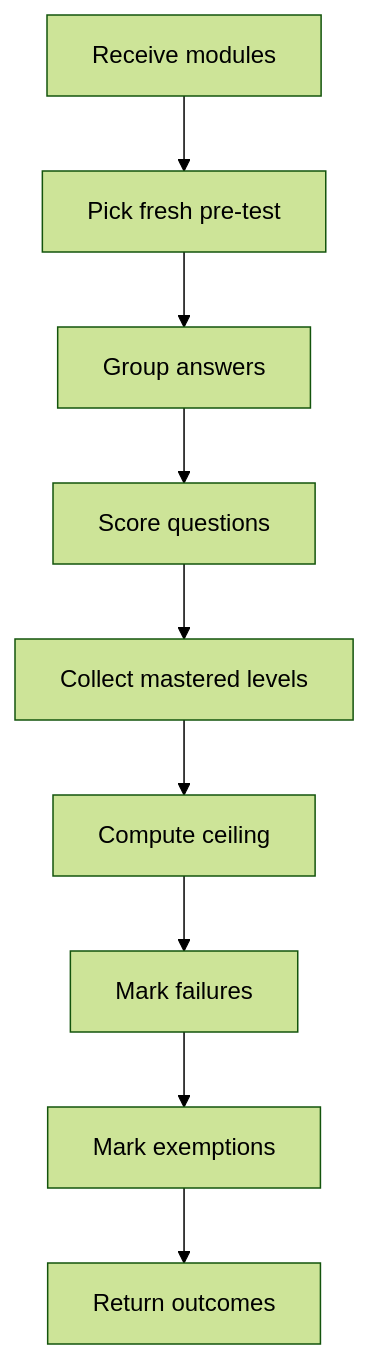
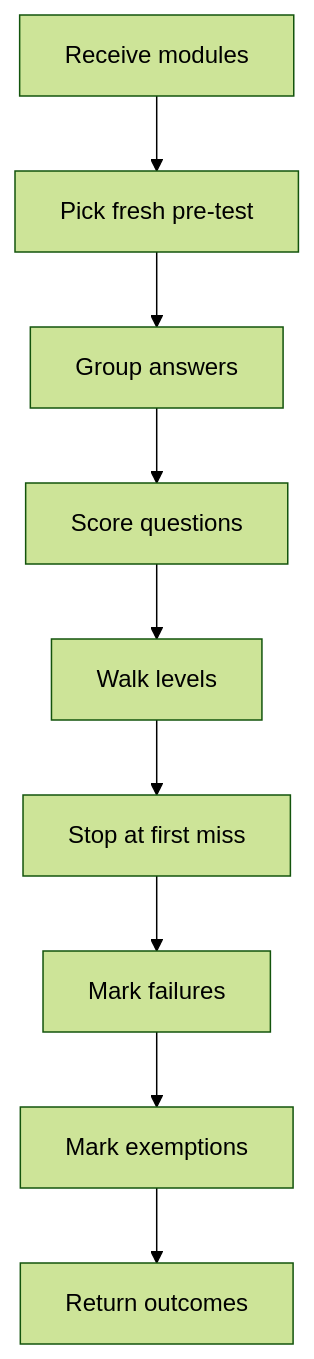
One commit to JohnAndrewBalbarosa/NeoTerritory changed the diagram in docs/Codebase/Frontend/src/logic/pretestModuleOutcomes.ts.md. Above: the diagram before and after it, drawn with Mermaid (forest theme). The commit also changed other lines of this file and 13 other files, not shown here.

````diff
--- a/docs/Codebase/Frontend/src/logic/pretestModuleOutcomes.ts.md
+++ b/docs/Codebase/Frontend/src/logic/pretestModuleOutcomes.ts.md
@@ -9,13 +9,13 @@
 ```mermaid
 flowchart TD
     Start["Receive modules"]
     N0["Pick fresh pre-test"]
     N1["Group answers"]
     N2["Score questions"]
-    N3["Collect mastered levels"]
-    N4["Compute ceiling"]
+    N3["Walk levels"]
+    N4["Stop at first miss"]
     N5["Mark failures"]
     N6["Mark exemptions"]
     End["Return outcomes"]
     Start --> N0 --> N1 --> N2 --> N3 --> N4 --> N5 --> N6 --> End
 ```
````
